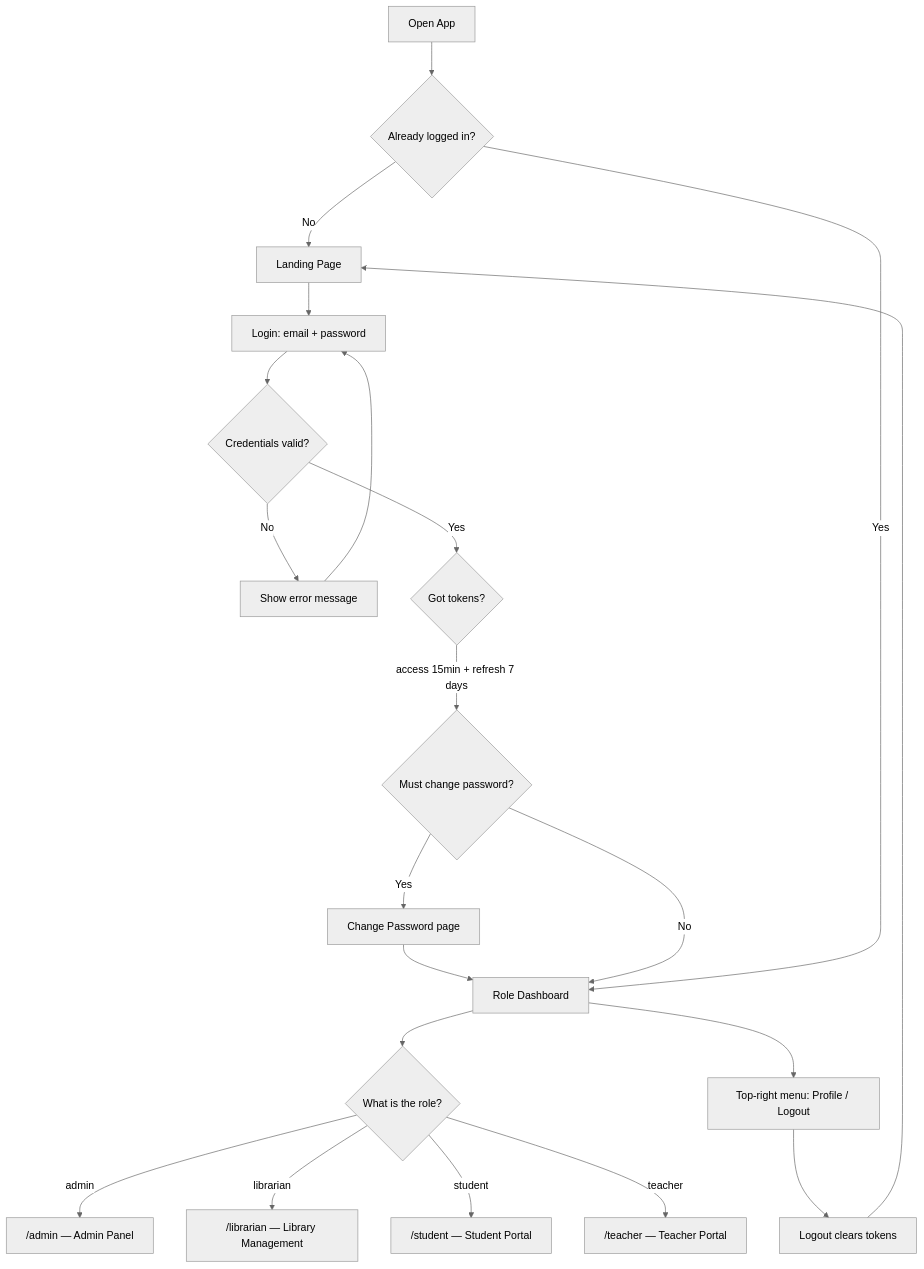
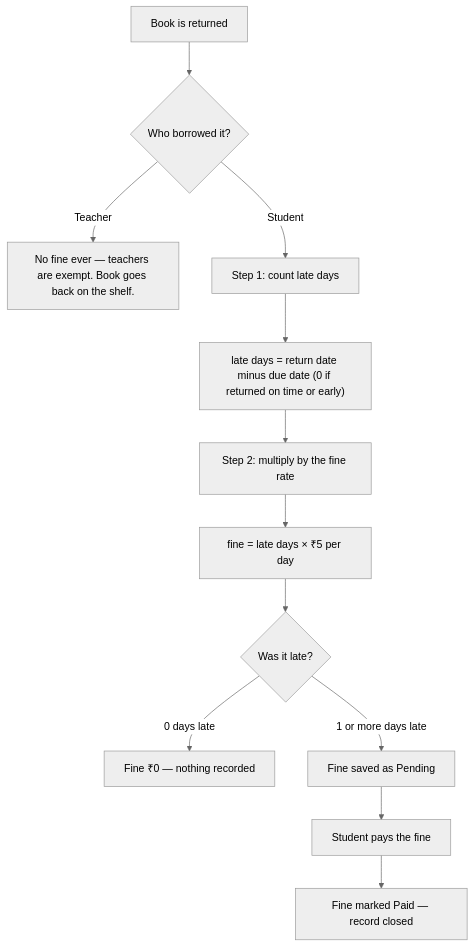
The first of 4 diagrams in FLOWCHART.md (Viveksharma8542/Libsys), drawn with Mermaid (neutral theme) before and after one commit. The commit also changed other lines of this file, not shown here.

Commit message:
expand flowcharts: plain-English story, fine calc walkthrough, glossary

````diff
--- a/FLOWCHART.md
+++ b/FLOWCHART.md
@@ -54,23 +49,14 @@
 ```mermaid
 flowchart TD
-    A[Open App] --> B{Already logged in?}
-    B -->|No| C[Landing Page]
-    C --> D[Login: email + password]
-    D --> E{Credentials valid?}
-    E -->|No| F[Show error message]
-    F --> D
-    E -->|Yes| Ggrenze{Got tokens?}
-    Ggrenze -->|access 15min + refresh 7 days| H{Must change password?}
-    H -->|Yes| I[Change Password page]
-    I --> J[Role Dashboard]
-    H -->|No| J
-    B -->|Yes| J
-    J --> K{What is the role?}
-    K -->|admin| L["/admin — Admin Panel"]
-    K -->|librarian| M["/librarian — Library Management"]
-    K -->|student| N["/student — Student Portal"]
-    K -->|teacher| O["/teacher — Teacher Portal"]
-    J --> P[Top-right menu: Profile / Logout]
-    P --> Q[Logout clears tokens]
-    Q --> C
+    A[Book is returned] --> B{Who borrowed it?}
+    B -->|Teacher| Z[No fine ever — teachers are exempt. Book goes back on the shelf.]
+    B -->|Student| C[Step 1: count late days]
+    C --> D["late days = return date minus due date (0 if returned on time or early)"]
+    D --> E[Step 2: multiply by the fine rate]
+    E --> F["fine = late days × ₹5 per day"]
+    F --> G{Was it late?}
+    G -->|0 days late| H[Fine ₹0 — nothing recorded]
+    G -->|1 or more days late| I[Fine saved as Pending]
+    I --> J[Student pays the fine]
+    J --> K[Fine marked Paid — record closed]
 ```
````
